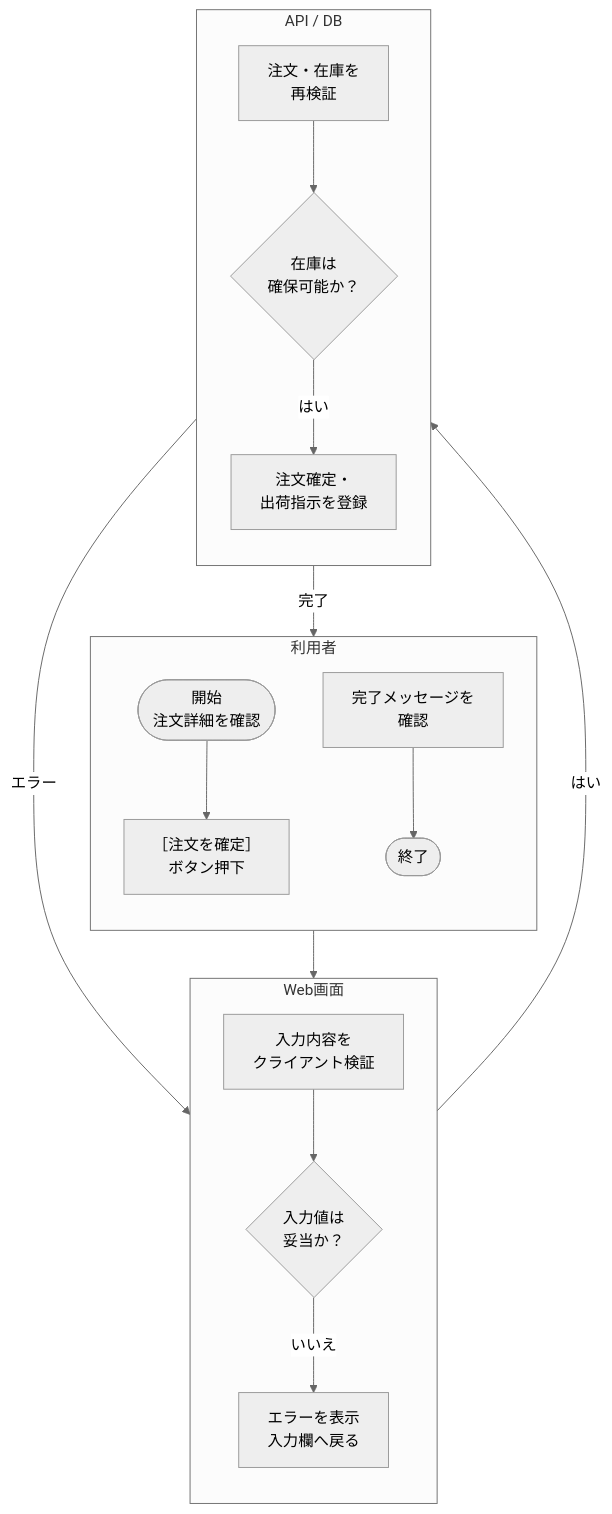
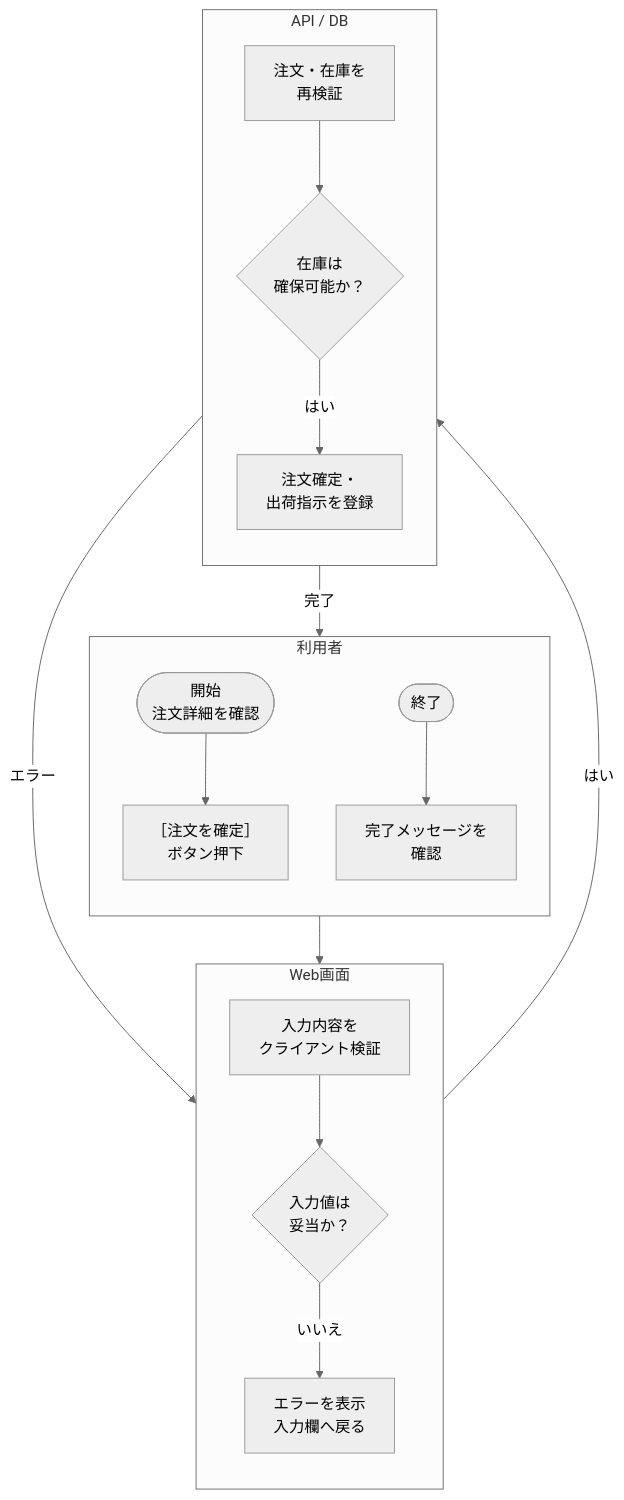
The second of 2 diagrams in outputs/japanese-system-design-ocr-check/japanese-system-design-ocr-sample.md (Takayuki-Ishimaru/docredock), drawn with Mermaid (neutral theme) before and after one commit. The commit also changed other lines of this file and 389 other files, not shown here.

````diff
--- a/outputs/japanese-system-design-ocr-check/japanese-system-design-ocr-sample.md
+++ b/outputs/japanese-system-design-ocr-check/japanese-system-design-ocr-sample.md
@@ -98,33 +88,33 @@
 ```mermaid
 flowchart TD
     subgraph L1["利用者"]
         direction TB
         N_B6(["開始<br/>注文詳細を確認"])
         N_B11["［注文を確定］<br/>ボタン押下"]
         N_B28["完了メッセージを<br/>確認"]
         N_B32(["終了"])
     end
     subgraph L2["Web画面"]
         direction TB
         N_H11["入力内容を<br/>クライアント検証"]
         N_H16{"入力値は<br/>妥当か？"}
         N_H22["エラーを表示<br/>入力欄へ戻る"]
     end
     subgraph L3["API / DB"]
         direction TB
         N_N16["注文・在庫を<br/>再検証"]
         N_N22{"在庫は<br/>確保可能か？"}
         N_N28["注文確定・<br/>出荷指示を登録"]
     end
     N_B6 --> N_B11
     N_B11 --> N_H11
     N_H11 --> N_H16
     N_H16 -->|はい| N_N16
     N_H16 -->|いいえ| N_H22
     N_N16 --> N_N22
     N_N22 -->|エラー| N_H22
     N_N22 -->|はい| N_N28
     N_N28 -->|完了| N_B28
-    N_B28 --> N_B32
+    N_B32 --> N_B28
     %% いいえ：在庫不足エラーを返却
 ```
````
